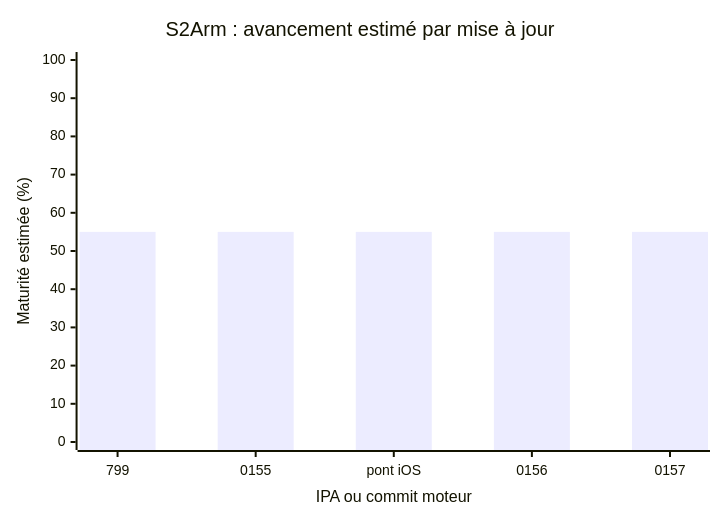
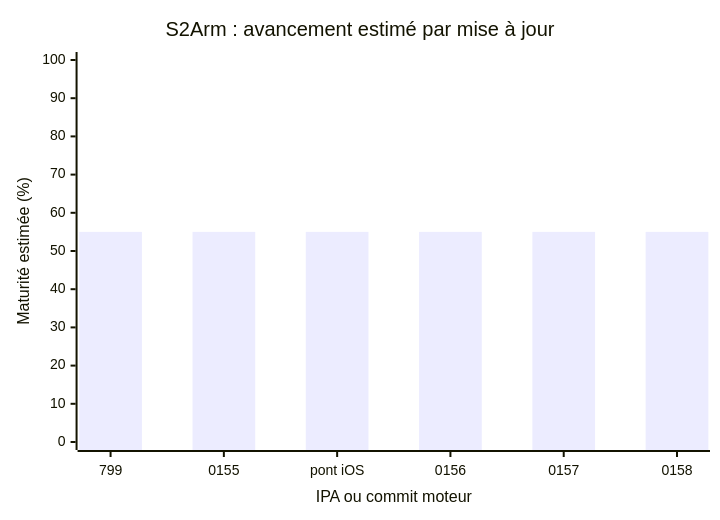
One commit to TarbleFR/RewindBox changed the diagram in docs/AI_TASK_BOARD.md. Above: the diagram before and after it, drawn with Mermaid. The commit also changed other lines of this file and 1 other file, not shown here.

````diff
--- a/docs/AI_TASK_BOARD.md
+++ b/docs/AI_TASK_BOARD.md
@@ -25,7 +25,7 @@
 ```mermaid
 xychart-beta
     title "S2Arm : avancement estimé par mise à jour"
-    x-axis "IPA ou commit moteur" ["799", "0155", "pont iOS", "0156", "0157"]
+    x-axis "IPA ou commit moteur" ["799", "0155", "pont iOS", "0156", "0157", "0158"]
     y-axis "Maturité estimée (%)" 0 --> 100
-    bar [55, 55, 55, 55, 55]
+    bar [55, 55, 55, 55, 55, 55]
 ```
````
